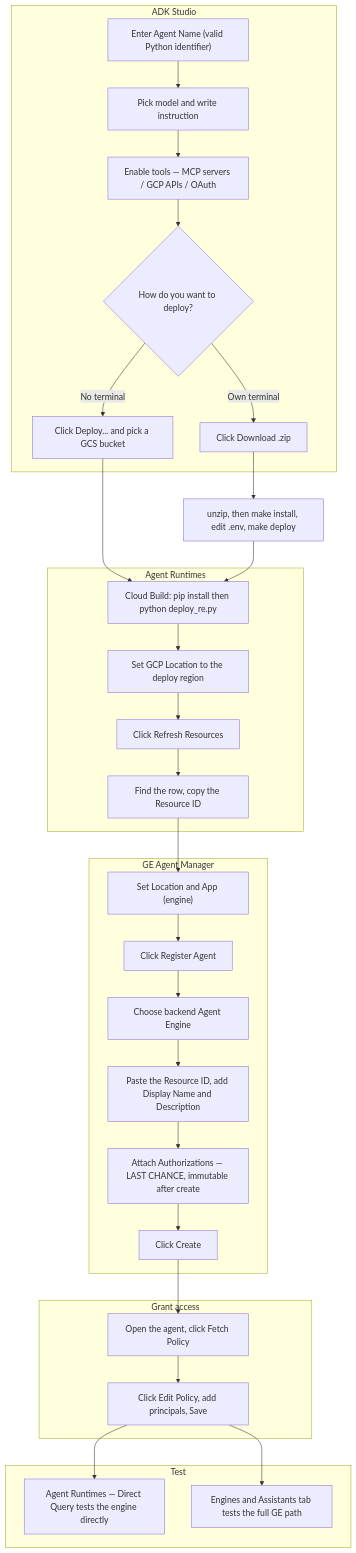
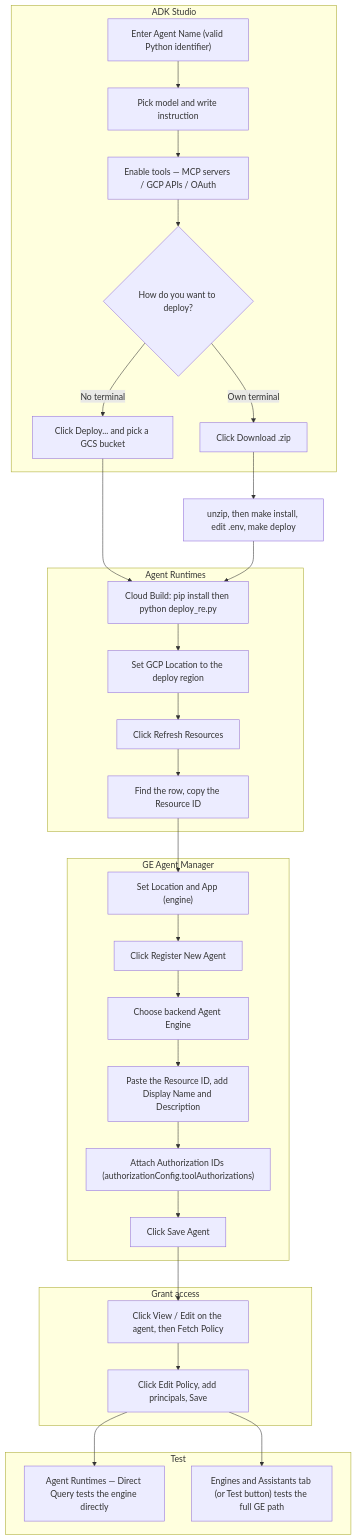
The fourth of 13 diagrams in docs/USER_GUIDE.md (wdufrin/Gemini-Enterprise-Manager), drawn with Mermaid before and after one commit. The commit also changed other lines of this file and 19 other files, not shown here.

````diff
--- a/docs/USER_GUIDE.md
+++ b/docs/USER_GUIDE.md
@@ -2042,39 +2022,39 @@
 ```mermaid
 flowchart TD
   subgraph S1["ADK Studio"]
     A1["Enter Agent Name (valid Python identifier)"] --> A2["Pick model and write instruction"]
     A2 --> A3["Enable tools — MCP servers / GCP APIs / OAuth"]
     A3 --> A4{"How do you want to deploy?"}
     A4 -->|No terminal| A5["Click Deploy... and pick a GCS bucket"]
     A4 -->|Own terminal| A6["Click Download .zip"]
   end
 
   A5 --> B1["Cloud Build: pip install then python deploy_re.py"]
   A6 --> A7["unzip, then make install, edit .env, make deploy"]
   A7 --> B1
 
   subgraph S2["Agent Runtimes"]
     B1 --> B2["Set GCP Location to the deploy region"]
     B2 --> B3["Click Refresh Resources"]
     B3 --> B4["Find the row, copy the Resource ID"]
   end
 
   subgraph S3["GE Agent Manager"]
     B4 --> C1["Set Location and App (engine)"]
-    C1 --> C2["Click Register Agent"]
+    C1 --> C2["Click Register New Agent"]
     C2 --> C3["Choose backend Agent Engine"]
     C3 --> C4["Paste the Resource ID, add Display Name and Description"]
-    C4 --> C5["Attach Authorizations — LAST CHANCE, immutable after create"]
-    C5 --> C6["Click Create"]
+    C4 --> C5["Attach Authorization IDs (authorizationConfig.toolAuthorizations)"]
+    C5 --> C6["Click Save Agent"]
   end
 
   subgraph S4["Grant access"]
-    C6 --> D1["Open the agent, click Fetch Policy"]
+    C6 --> D1["Click View / Edit on the agent, then Fetch Policy"]
     D1 --> D2["Click Edit Policy, add principals, Save"]
   end
 
   subgraph S5["Test"]
     D2 --> E1["Agent Runtimes — Direct Query tests the engine directly"]
-    D2 --> E2["Engines and Assistants tab tests the full GE path"]
+    D2 --> E2["Engines and Assistants tab (or Test button) tests the full GE path"]
   end
 ```
````
